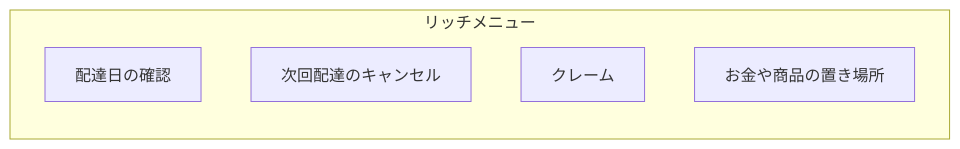
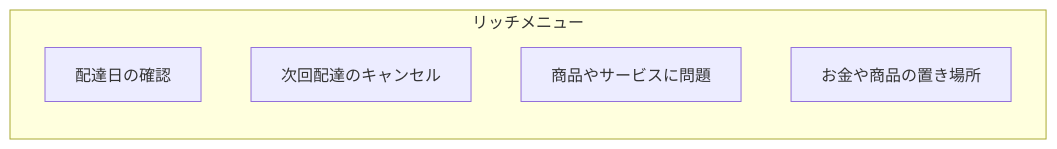
Before and after one commit to tatsuyasusukida/zenn-content: the second of 12 diagrams in articles/customer-support-automation-line-bot-development.md, drawn with Mermaid. The commit also changed other lines of this file, not shown here.

````diff
--- a/articles/customer-support-automation-line-bot-development.md
+++ b/articles/customer-support-automation-line-bot-development.md
@@ -111,9 +119,9 @@
 ```mermaid
 graph LR
   subgraph リッチメニュー
     配達日の確認
     次回配達のキャンセル
-    クレーム
+    商品やサービスに問題
     お金や商品の置き場所
   end
 ```
````
